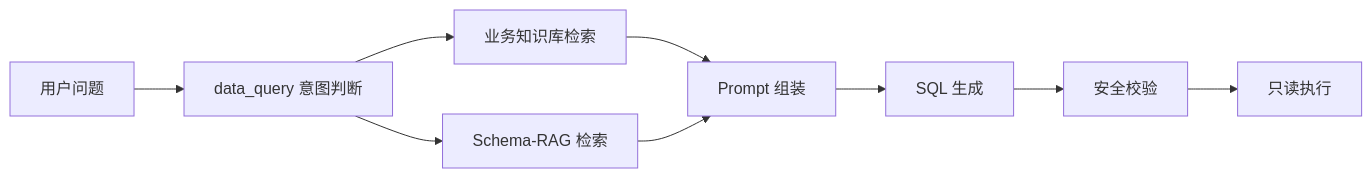
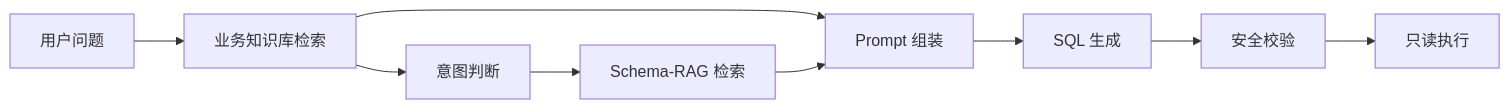
Before and after one commit to ls-5s/Chain-NL2SQL: the second of 3 diagrams in docs/项目说明文档.md, drawn with Mermaid. The commit also changed other lines of this file and 18 other files, not shown here.

````diff
--- a/docs/项目说明文档.md
+++ b/docs/项目说明文档.md
@@ -257,11 +265,11 @@
 ```mermaid
 flowchart LR
-    Q[用户问题] --> I[data_query 意图判断]
-    I --> K[业务知识库检索]
+    Q[用户问题] --> K[业务知识库检索]
+    K --> I[意图判断]
     I --> S[Schema-RAG 检索]
     K --> P[Prompt 组装]
     S --> P
     P --> G[SQL 生成]
     G --> V[安全校验]
     V --> E[只读执行]
 ```
````
